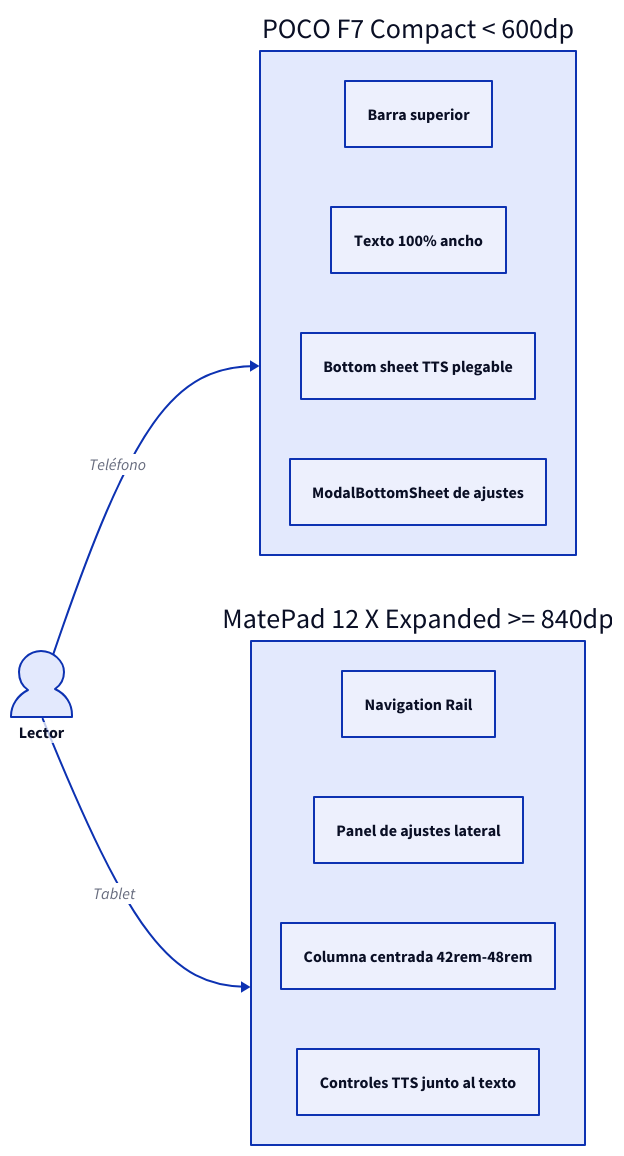
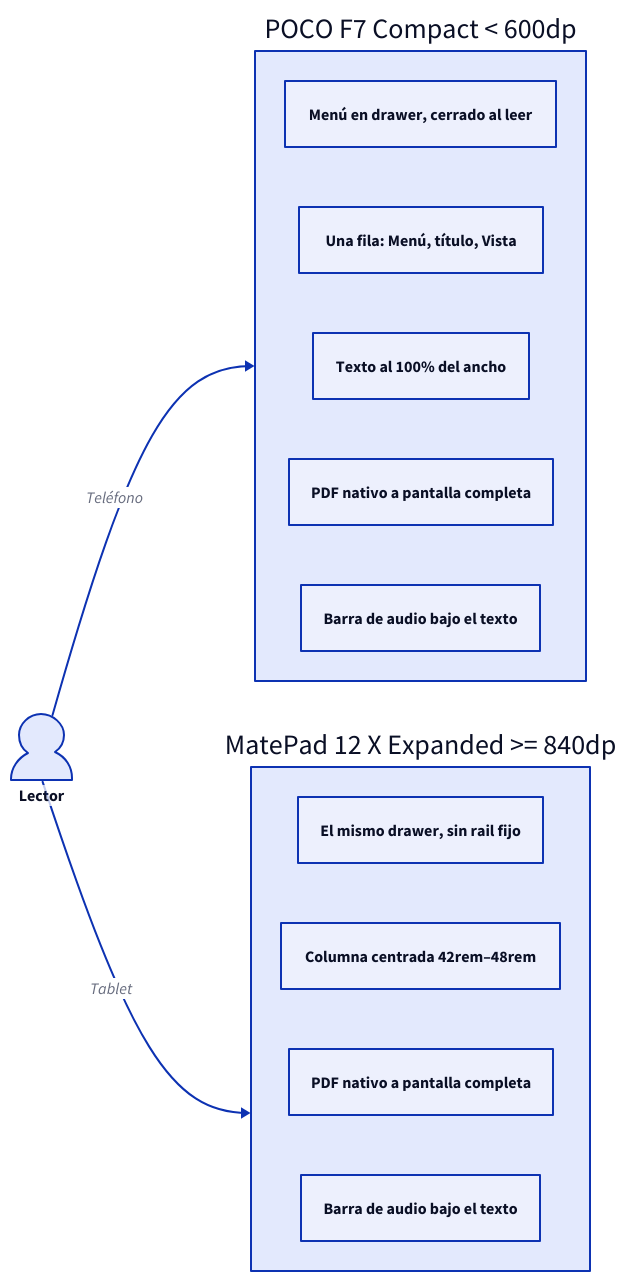
One commit to neri-gut/Ereader changed the diagram in docs/diagrams/adaptive-ui.d2. Above: the diagram before and after it, drawn with D2. The commit also changed 43 other files, not shown here.

Commit message:
Se mejora la extracción y consulta del texto

```diff
--- a/docs/diagrams/adaptive-ui.d2
+++ b/docs/diagrams/adaptive-ui.d2
@@ -1,22 +1,23 @@
 direction: right
 
 compact: "POCO F7 Compact < 600dp" {
-  barra: Barra superior
-  texto: Texto 100% ancho
-  tts_sheet: Bottom sheet TTS plegable
-  ajustes: ModalBottomSheet de ajustes
+  menu: Menú en drawer, cerrado al leer
+  barra: Una fila: Menú, título, Vista
+  texto: Texto al 100% del ancho
+  pdf: PDF nativo a pantalla completa
+  audio: Barra de audio bajo el texto
 }
 
 expanded: "MatePad 12 X Expanded >= 840dp" {
-  rail: Navigation Rail
-  panel: Panel de ajustes lateral
-  texto: "Columna centrada 42rem-48rem"
-  tts_bar: Controles TTS junto al texto
+  menu: El mismo drawer, sin rail fijo
+  texto: "Columna centrada 42rem–48rem"
+  pdf: PDF nativo a pantalla completa
+  audio: Barra de audio bajo el texto
 }
 
 user: Lector {
   shape: person
 }
 
 user -> compact: Teléfono
 user -> expanded: Tablet
```
